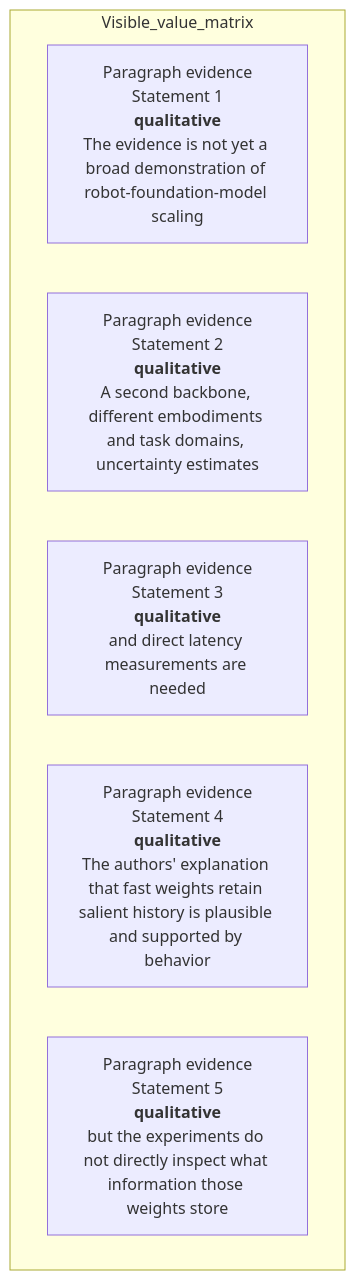
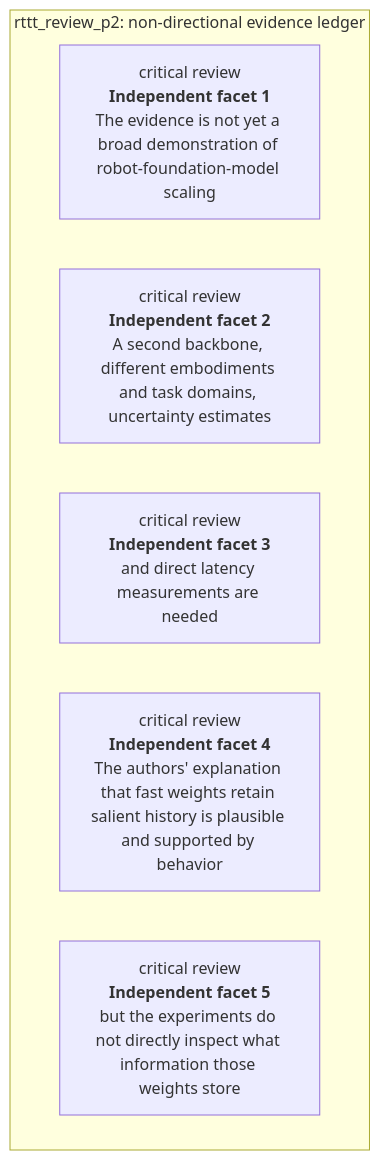
Before and after one commit to Betancourt1/paper_atlas: diagram 47 of 48 in docs/visual-manifests/VISUAL_MANIFEST_ROBOTT.md, drawn with Mermaid. The commit also changed other lines of this file and 7 other files, not shown here.

````diff
--- a/docs/visual-manifests/VISUAL_MANIFEST_ROBOTT.md
+++ b/docs/visual-manifests/VISUAL_MANIFEST_ROBOTT.md
@@ -3937,10 +3949,10 @@
 ```mermaid
 flowchart TB
-  subgraph Visible_value_matrix
-    r1["Paragraph evidence<br/>Statement 1<br/><b>qualitative</b><br/>The evidence is not yet a broad demonstration of robot-foundation-model scaling"]
-    r2["Paragraph evidence<br/>Statement 2<br/><b>qualitative</b><br/>A second backbone, different embodiments and task domains, uncertainty estimates"]
-    r3["Paragraph evidence<br/>Statement 3<br/><b>qualitative</b><br/>and direct latency measurements are needed"]
-    r4["Paragraph evidence<br/>Statement 4<br/><b>qualitative</b><br/>The authors' explanation that fast weights retain salient history is plausible and supported by behavior"]
-    r5["Paragraph evidence<br/>Statement 5<br/><b>qualitative</b><br/>but the experiments do not directly inspect what information those weights store"]
+  subgraph Ledger["rttt_review_p2: non-directional evidence ledger"]
+    r1["critical review<br/><b>Independent facet 1</b><br/>The evidence is not yet a broad demonstration of robot-foundation-model scaling"]
+    r2["critical review<br/><b>Independent facet 2</b><br/>A second backbone, different embodiments and task domains, uncertainty estimates"]
+    r3["critical review<br/><b>Independent facet 3</b><br/>and direct latency measurements are needed"]
+    r4["critical review<br/><b>Independent facet 4</b><br/>The authors' explanation that fast weights retain salient history is plausible and supported by behavior"]
+    r5["critical review<br/><b>Independent facet 5</b><br/>but the experiments do not directly inspect what information those weights store"]
   end
 ```
````
